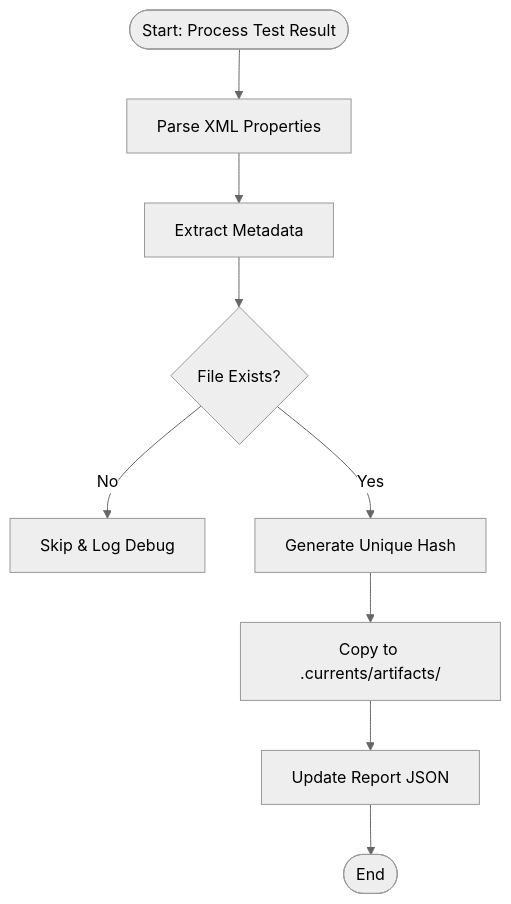
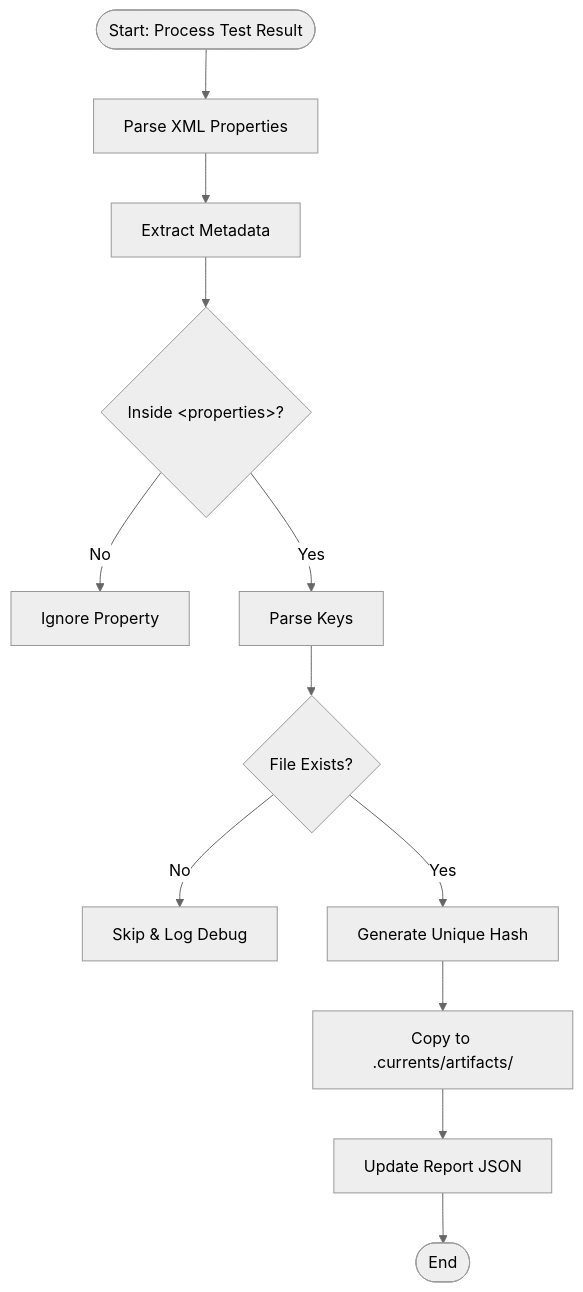
The diagram in packages/cmd/src/commands/convert/artifacts.md (currents-dev/currents-reporter), drawn with Mermaid (neutral theme) before and after one commit. The commit also changed other lines of this file and 1 other file, not shown here.

````diff
--- a/packages/cmd/src/commands/convert/artifacts.md
+++ b/packages/cmd/src/commands/convert/artifacts.md
@@ -72,15 +86,18 @@
 ```mermaid
 flowchart TD
     Start([Start: Process Test Result]) --> ParseProps[Parse XML Properties]
     
     ParseProps --> Extract[Extract Metadata]
-
-    Extract --> Validate{File Exists?}
+    Extract --> CheckProps{Inside &lt;properties&gt;?}
+    CheckProps -->|No| SkipProps[Ignore Property]
+    CheckProps -->|Yes| ParseKeys[Parse Keys]
+    
+    ParseKeys --> Validate{File Exists?}
     
     Validate -->|No| Skip[Skip & Log Debug]
     Validate -->|Yes| Hash[Generate Unique Hash]
     
     Hash --> Copy[Copy to .currents/artifacts/]
     Copy --> Update[Update Report JSON]
     Update --> End([End])
 ```
````
